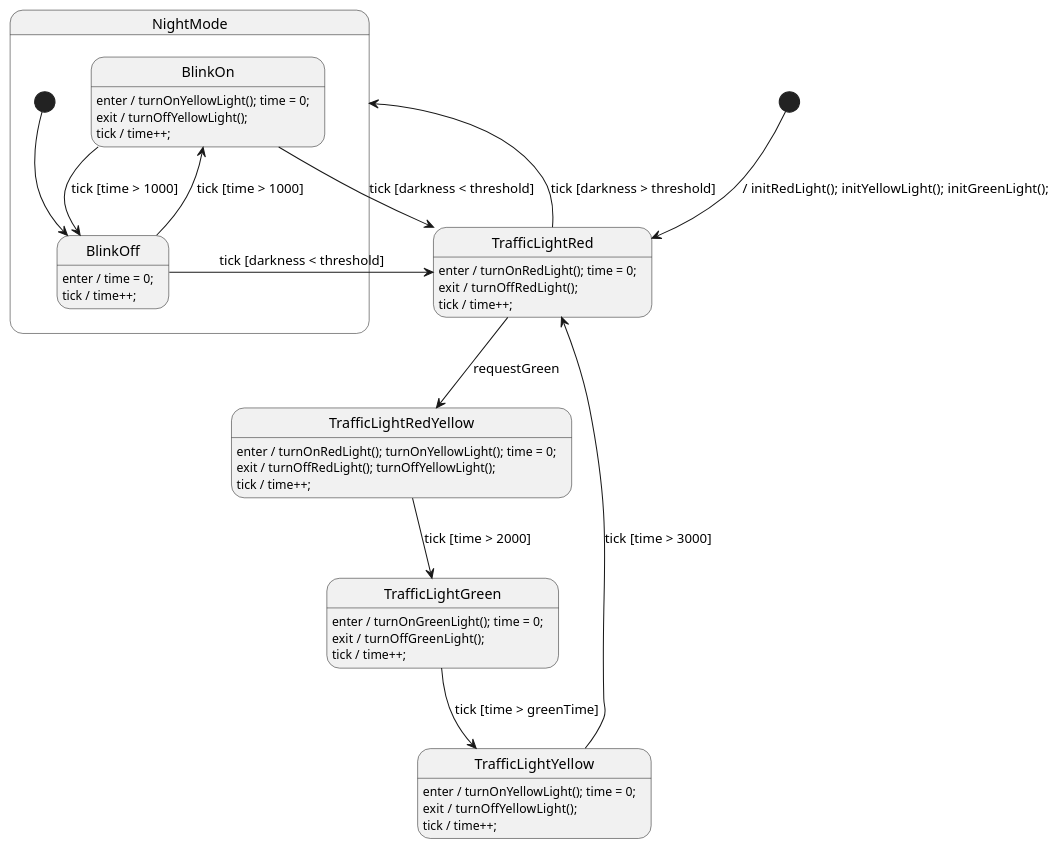
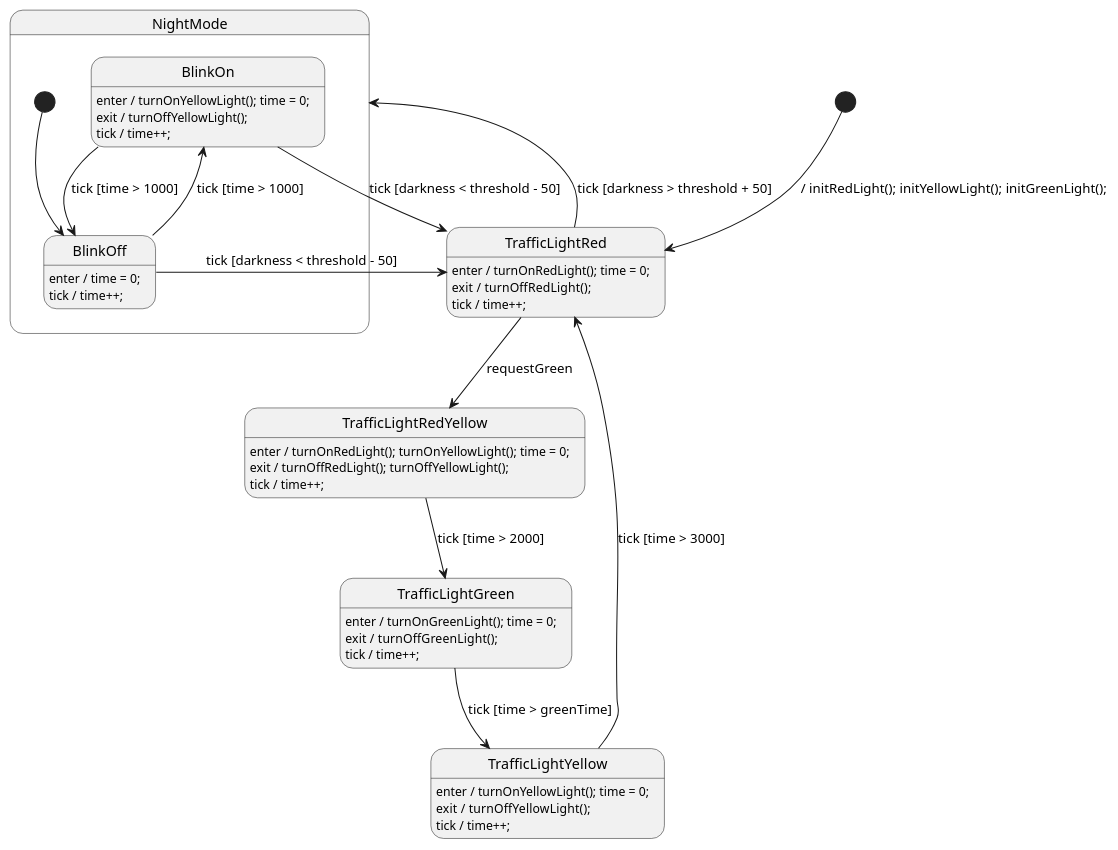
Before and after one commit to valentin-haub/esp32-traffic-light-management-system: the diagram in State_machine/TrafficLight.plantuml, drawn with PlantUML.

Commit message:
Hysterese eingebaut: Verhinderung von Flackern bei Dämmerung

```diff
--- a/State_machine/TrafficLight.plantuml
+++ b/State_machine/TrafficLight.plantuml
@@ -1,94 +1,94 @@
 @startuml TrafficLight
 
 ' //////////////////////// STATE ORGANIZATION ///////////////////////
 ' Note: StateSmith treats state names and events as case insensitive.
 ' More info: https://github.com/StateSmith/StateSmith/wiki/PlantUML
 
 state TrafficLightRed
 state TrafficLightRedYellow
 state TrafficLightGreen
 state TrafficLightYellow
 
 state NightMode {
     state BlinkOn
     state BlinkOff
 
     [*] --> BlinkOff
 
     ' BlinkOff
     BlinkOff: enter / time = 0;
     BlinkOff: tick / time++;
     BlinkOff --> BlinkOn : tick [time > 1000]
-    BlinkOff --> TrafficLightRed : tick [darkness < threshold]
+    BlinkOff --> TrafficLightRed : tick [darkness < threshold - 50]
 
     ' BlinkOn
     BlinkOn: enter / turnOnYellowLight(); time = 0;
     BlinkOn: exit / turnOffYellowLight();
     BlinkOn: tick / time++;
     BlinkOn --> BlinkOff : tick [time > 1000]
-    BlinkOn --> TrafficLightRed : tick [darkness < threshold]
+    BlinkOn --> TrafficLightRed : tick [darkness < threshold - 50]
 }
 
 
 ' ///////////////////////// STATE HANDLERS /////////////////////////
 ' Syntax: https://github.com/StateSmith/StateSmith/wiki/Behaviors
 
 [*] --> TrafficLightRed : / initRedLight(); initYellowLight(); initGreenLight();
 
 ' TrafficLightRed
 TrafficLightRed: enter / turnOnRedLight(); time = 0;
 TrafficLightRed: exit  / turnOffRedLight();
 TrafficLightRed: tick / time++;
 TrafficLightRed --> TrafficLightRedYellow : requestGreen
-TrafficLightRed --> NightMode : tick [darkness > threshold]
+TrafficLightRed --> NightMode : tick [darkness > threshold + 50]
 
 ' TrafficLightRedYellow
 TrafficLightRedYellow: enter / turnOnRedLight(); turnOnYellowLight(); time = 0;
 TrafficLightRedYellow: exit / turnOffRedLight(); turnOffYellowLight();
 TrafficLightRedYellow: tick / time++;
 TrafficLightRedYellow --> TrafficLightGreen : tick [time > 2000]
 
 ' TrafficLightGreen
 TrafficLightGreen: enter / turnOnGreenLight(); time = 0;
 TrafficLightGreen: exit  / turnOffGreenLight();
 TrafficLightGreen: tick / time++;
 TrafficLightGreen --> TrafficLightYellow : tick [time > greenTime]
 
 ' TrafficLightYellow
 TrafficLightYellow: enter / turnOnYellowLight(); time = 0;
 TrafficLightYellow: exit  / turnOffYellowLight();
 TrafficLightYellow: tick / time++;
 TrafficLightYellow --> TrafficLightRed : tick [time > 3000]
 
 
 
 ' //////////////////////// StateSmith config ////////////////////////
 ' The below special comment block sets the StateSmith configuration.
 ' More info: https://github.com/StateSmith/StateSmith/issues/335
 
 /'! $CONFIG : toml
 
 [RenderConfig]
 FileTop = """
     """
 AutoExpandedVars = """
     uint16_t time;
     uint16_t greenTime;
     uint16_t darkness;
     uint16_t threshold;
     """
 
 [RenderConfig.C]
 CFileExtension = ".cpp"
 HFileExtension = ".hpp"
 HFileIncludes = """
     #include <stdint.h> // for time var
     """
 CFileIncludes = """
     #include "driver.hpp"
     """
 
 [SmRunnerSettings]
 transpilerId = "C99"
 '/
 @enduml
```
